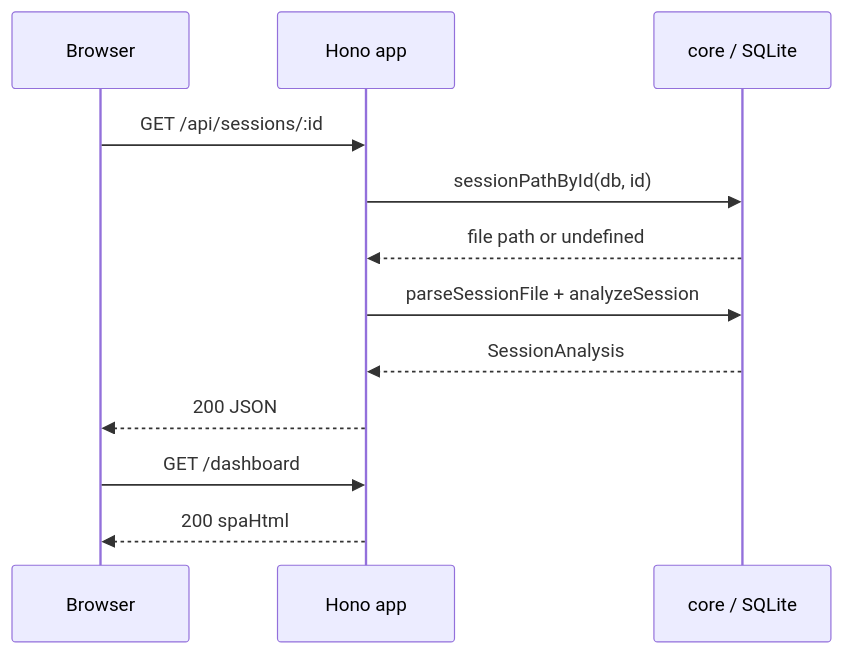
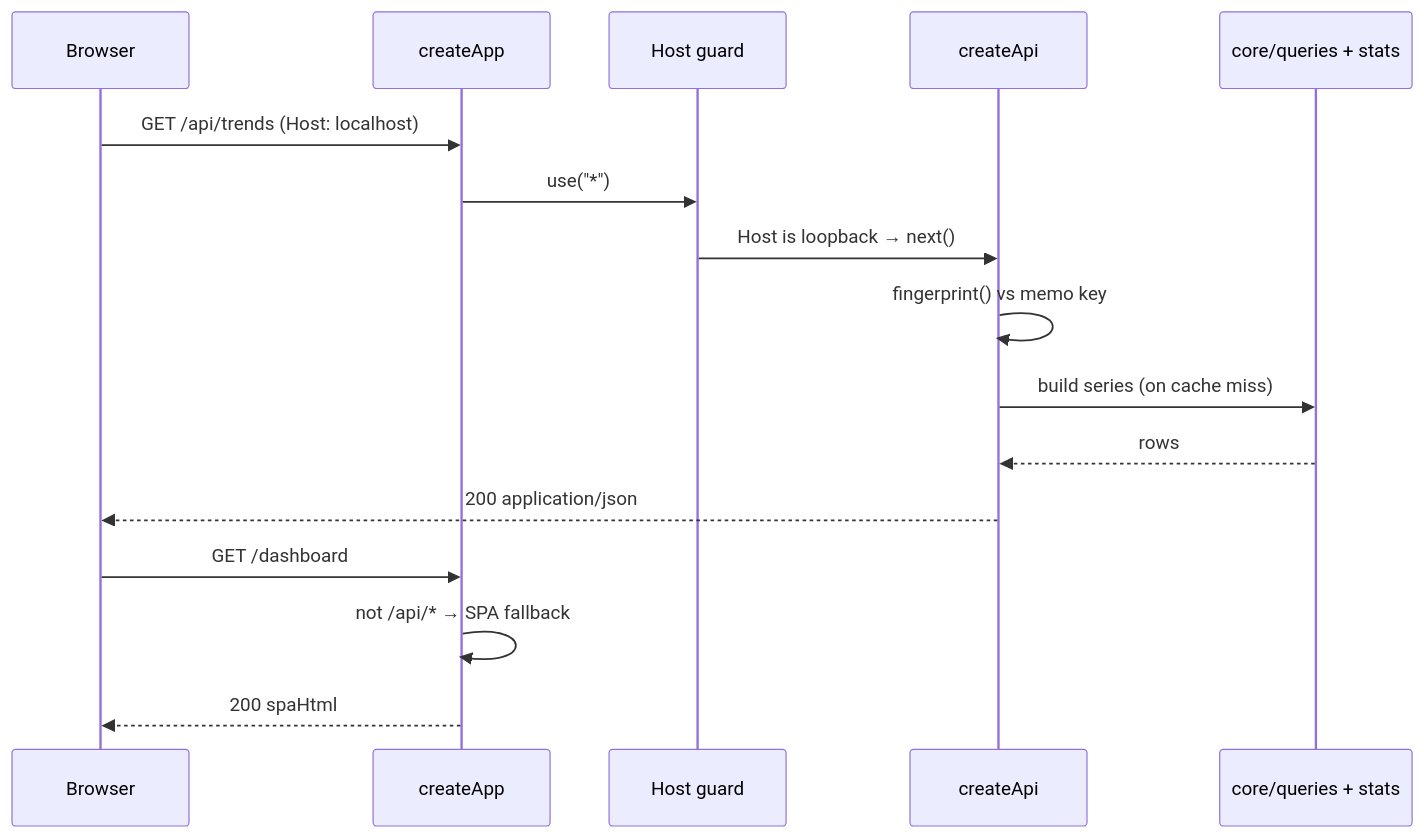
Before and after one commit to yorch/cc-analyzer: the second of 2 diagrams in wiki/5-web-server-and-api.md, drawn with Mermaid. The commit also changed other lines of this file and 19 other files, not shown here.

````diff
--- a/wiki/5-web-server-and-api.md
+++ b/wiki/5-web-server-and-api.md
@@ -83,14 +100,20 @@
 ```mermaid
 sequenceDiagram
     participant Browser
-    participant Hono as Hono app
-    participant Core as core / SQLite
-    Browser->>Hono: GET /api/sessions/:id
-    Hono->>Core: sessionPathById(db, id)
-    Core-->>Hono: file path or undefined
-    Hono->>Core: parseSessionFile + analyzeSession
-    Core-->>Hono: SessionAnalysis
-    Hono-->>Browser: 200 JSON
-    Browser->>Hono: GET /dashboard
-    Hono-->>Browser: 200 spaHtml
+    participant createApp
+    participant HostGuard as Host guard
+    participant createApi
+    participant Core as core/queries + stats
+
+    Browser->>createApp: GET /api/trends (Host: localhost)
+    createApp->>HostGuard: use("*")
+    HostGuard->>createApi: Host is loopback → next()
+    createApi->>createApi: fingerprint() vs memo key
+    createApi->>Core: build series (on cache miss)
+    Core-->>createApi: rows
+    createApi-->>Browser: 200 application/json
+
+    Browser->>createApp: GET /dashboard
+    createApp->>createApp: not /api/* → SPA fallback
+    createApp-->>Browser: 200 spaHtml
 ```
````
